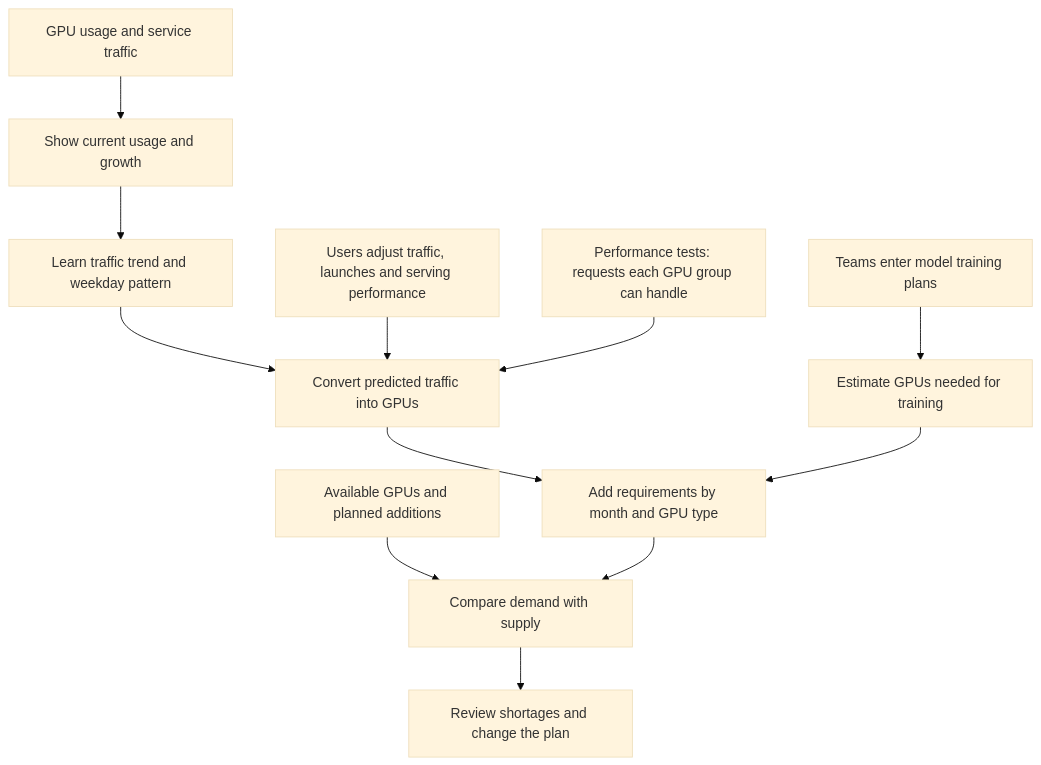
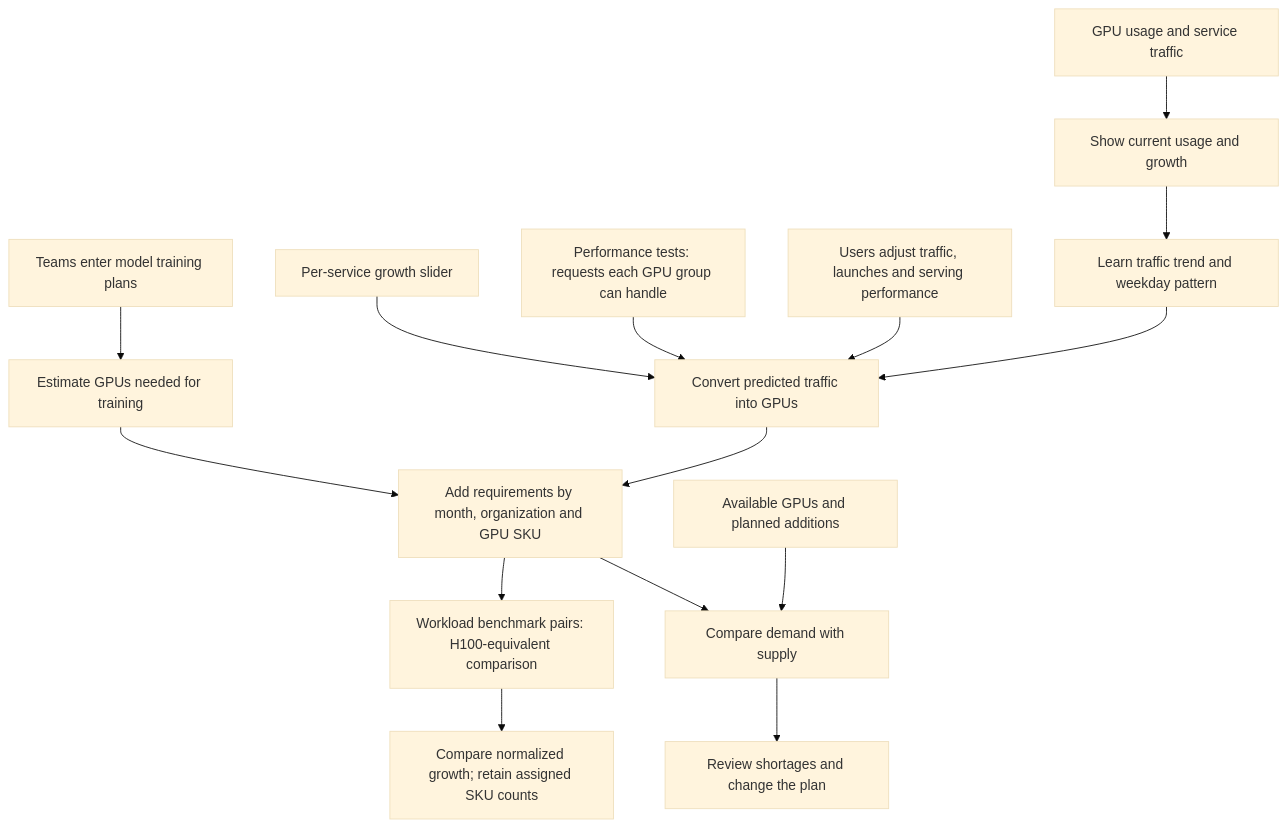
One commit to samimriaz/gpu-capacity-planner changed the diagram in README.md. Above: the diagram before and after it, drawn with Mermaid (base theme). The commit also changed other lines of this file and 8 other files, not shown here.

````diff
--- a/README.md
+++ b/README.md
@@ -107,14 +200,17 @@
 ```mermaid
 flowchart TD
     Usage["GPU usage and service traffic"] --> History["Show current usage and growth"]
     History --> Forecast["Learn traffic trend and weekday pattern"]
     Forecast --> Serving["Convert predicted traffic into GPUs"]
     Growth["Users adjust traffic, launches and serving performance"] --> Serving
     Tests["Performance tests: requests each GPU group can handle"] --> Serving
     Plans["Teams enter model training plans"] --> Training["Estimate GPUs needed for training"]
-    Serving --> Total["Add requirements by month and GPU type"]
+    LocalGrowth["Per-service growth slider"] --> Serving
+    Serving --> Total["Add requirements by month, organization and GPU SKU"]
     Training --> Total
+    Total --> Normalize["Workload benchmark pairs: H100-equivalent comparison"]
+    Normalize --> GrowthReport["Compare normalized growth; retain assigned SKU counts"]
     Inventory["Available GPUs and planned additions"] --> Compare["Compare demand with supply"]
     Total --> Compare
     Compare --> Review["Review shortages and change the plan"]
 ```
````
